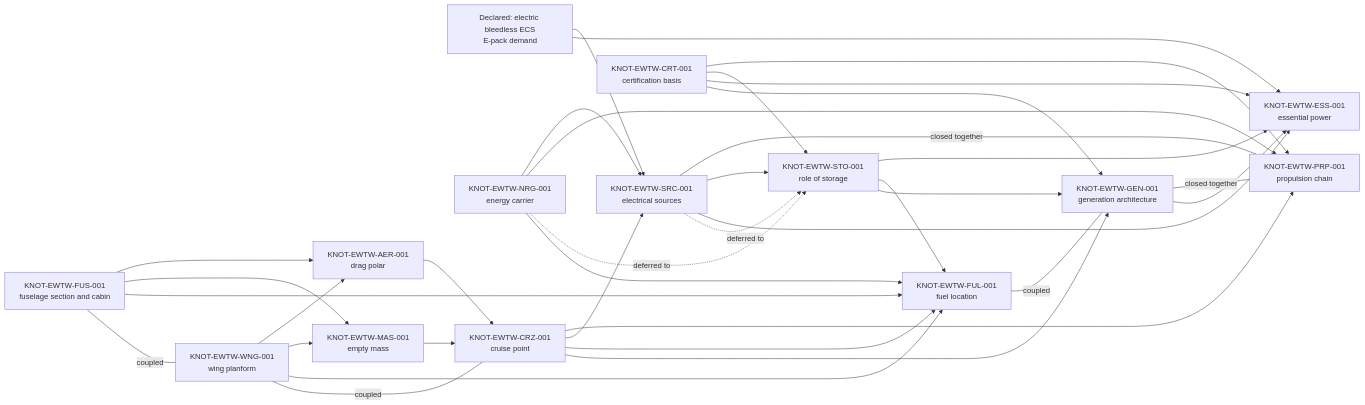
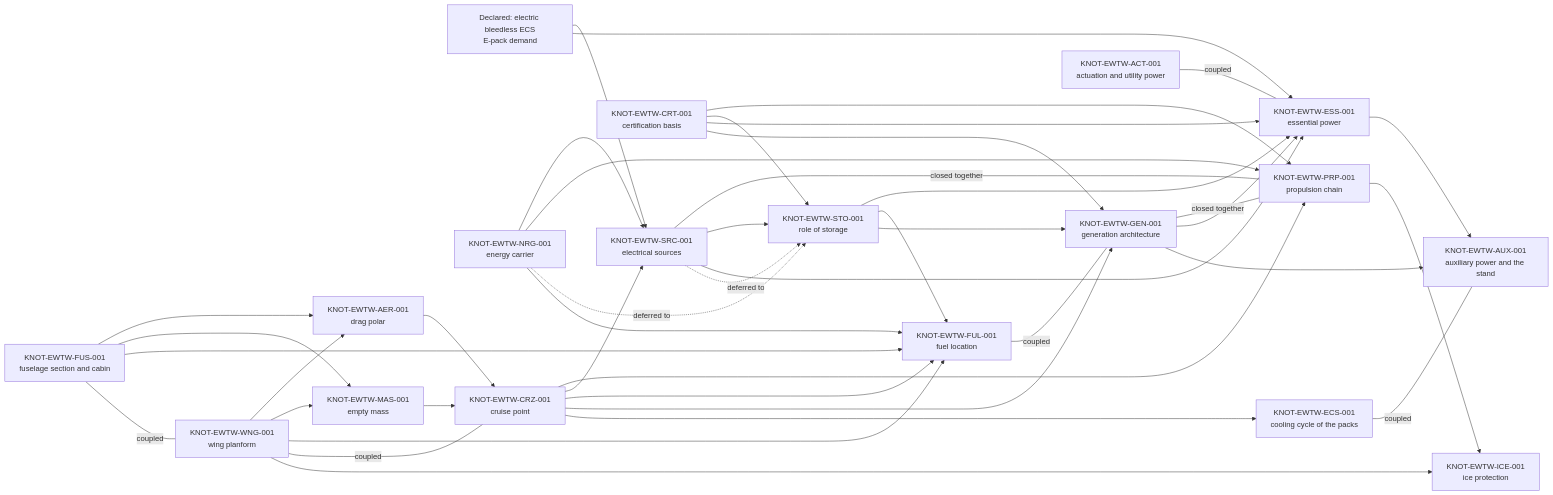
Before and after one commit to AmedeoPelliccia/Q-plus-A: the diagram in 01_OPTIONS_ARCHITECTURE/01-02_PROGRAMMES/01-02-01_AMPEL360/01-02-01-01_MODELS/01-02-01-01-01_eWTW/README.md, drawn with Mermaid. The commit also changed other lines of this file and 16 other files, not shown here.

````diff
--- a/01_OPTIONS_ARCHITECTURE/01-02_PROGRAMMES/01-02-01_AMPEL360/01-02-01-01_MODELS/01-02-01-01-01_eWTW/README.md
+++ b/01_OPTIONS_ARCHITECTURE/01-02_PROGRAMMES/01-02-01_AMPEL360/01-02-01-01_MODELS/01-02-01-01-01_eWTW/README.md
@@ -165,51 +169,62 @@
 ```mermaid
 flowchart LR
   EP["Declared: electric bleedless ECS<br/>E-pack demand"]
   NRG["KNOT-EWTW-NRG-001<br/>energy carrier"]
   SRC["KNOT-EWTW-SRC-001<br/>electrical sources"]
   PRP["KNOT-EWTW-PRP-001<br/>propulsion chain"]
   STO["KNOT-EWTW-STO-001<br/>role of storage"]
   ESS["KNOT-EWTW-ESS-001<br/>essential power"]
   CRZ["KNOT-EWTW-CRZ-001<br/>cruise point"]
   CRT["KNOT-EWTW-CRT-001<br/>certification basis"]
   FUL["KNOT-EWTW-FUL-001<br/>fuel location"]
   GEN["KNOT-EWTW-GEN-001<br/>generation architecture"]
   FUS["KNOT-EWTW-FUS-001<br/>fuselage section and cabin"]
   WNG["KNOT-EWTW-WNG-001<br/>wing planform"]
   AER["KNOT-EWTW-AER-001<br/>drag polar"]
   MAS["KNOT-EWTW-MAS-001<br/>empty mass"]
+  AUX["KNOT-EWTW-AUX-001<br/>auxiliary power and the stand"]
+  ICE["KNOT-EWTW-ICE-001<br/>ice protection"]
+  ECS["KNOT-EWTW-ECS-001<br/>cooling cycle of the packs"]
+  ACT["KNOT-EWTW-ACT-001<br/>actuation and utility power"]
   NRG --> SRC
   NRG --> PRP
   SRC ---|"closed together"| PRP
   SRC --> STO
   SRC --> ESS
   STO --> ESS
   NRG -.->|"deferred to"| STO
   SRC -.->|"deferred to"| STO
   CRZ --> PRP
   CRZ --> SRC
   CRT --> PRP
   CRT --> STO
   CRT --> ESS
   NRG --> FUL
   STO --> FUL
   CRZ --> FUL
   FUL ---|"coupled"| GEN
   FUS --> AER
   WNG --> AER
   AER --> CRZ
   FUS --> MAS
   WNG --> MAS
   MAS --> CRZ
   FUS --> FUL
   WNG --> FUL
   FUS ---|"coupled"| WNG
   WNG ---|"coupled"| CRZ
   CRZ --> GEN
   CRT --> GEN
   STO --> GEN
   GEN ---|"closed together"| PRP
   GEN --> ESS
   EP --> SRC
   EP --> ESS
+  ESS --> AUX
+  GEN --> AUX
+  WNG --> ICE
+  PRP --> ICE
+  CRZ --> ECS
+  ECS ---|"coupled"| AUX
+  ACT ---|"coupled"| ESS
 ```
````
